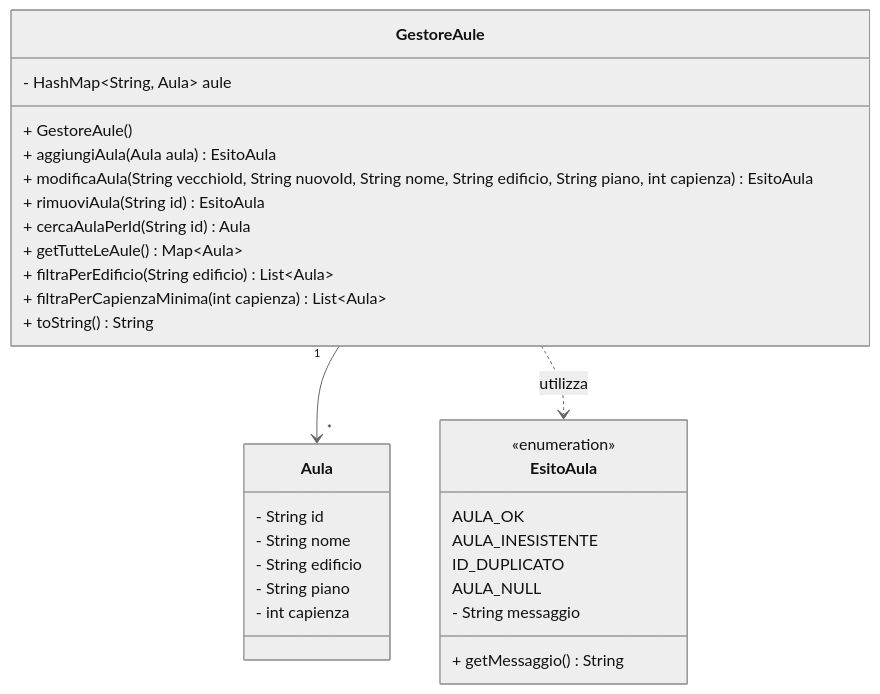
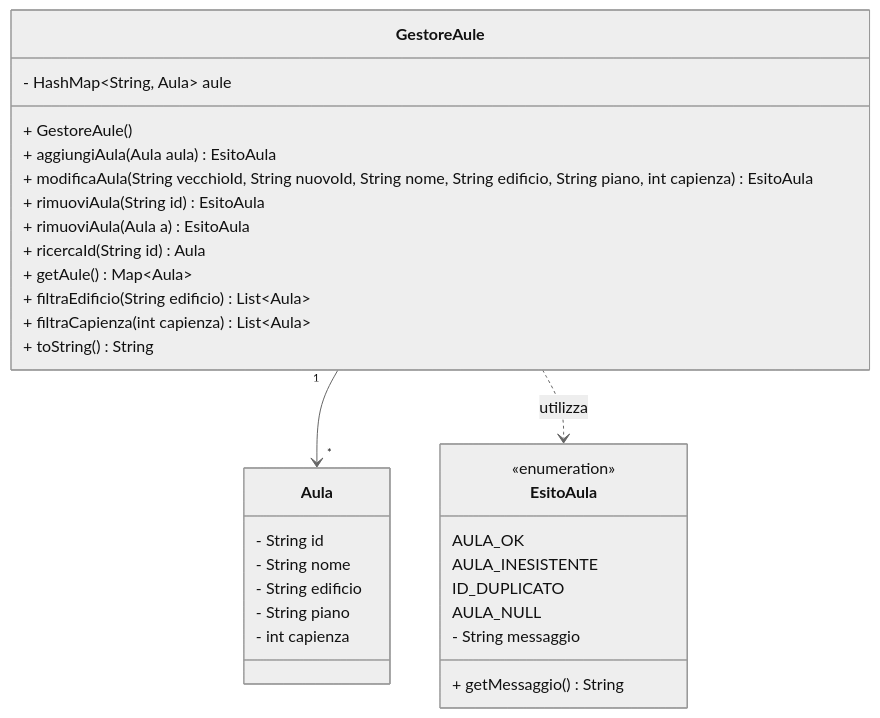
Before and after one commit to gcarbone48/PrenotazioneAule5: the diagram in diagrams/class diagrams/gestoreAuleClass.md, drawn with Mermaid (neutral theme). The commit also changed 1 other file, not shown here.

Commit message:
FIX: cambiati nomi in gestoreAule FEAT:aggiunta metodo di rimozione overloaded

````diff
--- a/diagrams/class diagrams/gestoreAuleClass.md
+++ b/diagrams/class diagrams/gestoreAuleClass.md
@@ -1,55 +1,57 @@
 ```mermaid
 classDiagram
 
 
     class Aula {
         - String id
         %% codice identificativo univoco
         - String nome
         - String edificio
         - String piano
         - int capienza
     }
 
     class GestoreAule{
         - HashMap~String, Aula~ aule
         %% costruttore
         + GestoreAule()
         %% aggiunge un'aula verificando l'unicità dell'id e i valori nulli
         + aggiungiAula(Aula aula) EsitoAula
         %% modifica un'aula esistente gestendo anche l'eventuale cambio di ID
         + modificaAula(String vecchioId, String nuovoId, String nome, String edificio, String piano, int capienza) EsitoAula
         %% rimuove un'aula tramite il suo id 
         %%%%%%%%%%%% TODO: NON è MEGLIO PASSARE DUMMY OBJ AULA?     %%%%%%%%%%%%%%%%%%%%%%%%%%
         + rimuoviAula(String id) EsitoAula
+        %% facciamo overloading??
+        + rimuoviAula (Aula a) EsitoAula
         %% cerca e restituisce un'aula tramite il suo id
-        + cercaAulaPerId(String id) Aula
+        + ricercaId(String id) Aula
         %% restituisce una collezione di tutte le aule registrate
-        + getTutteLeAule() Map~Aula~
+        + getAule() Map~Aula~
         %% restituisce una lista di aule filtrate per edificio
-        + filtraPerEdificio(String edificio) List~Aula~
+        + filtraEdificio(String edificio) List~Aula~
         %% restituisce una lista di aule filtrate per capienza minima
-        + filtraPerCapienzaMinima(int capienza) List~Aula~
+        + filtraCapienza(int capienza) List~Aula~
 
         + toString() String
     }
 
     class EsitoAula {
         <<enumeration>>
         %%esito corretto
         AULA_OK
         %%restituita se l'aula passata non esiste
         AULA_INESISTENTE
         %%restituita se l'id è già associato ad un'altra aula
         ID_DUPLICATO
         %%restituita se l'aula passata è null
         AULA_NULL
         %%attributo privato immutabile che memorizza il testo descrittivo dell'esito
         - String messaggio
         %%metodo pubblico per accedere al testo descrittivo dell'esito
         + getMessaggio() String
     }
     GestoreAule "1" --> "*" Aula
     GestoreAule ..> EsitoAula : utilizza
         
 ```
````
